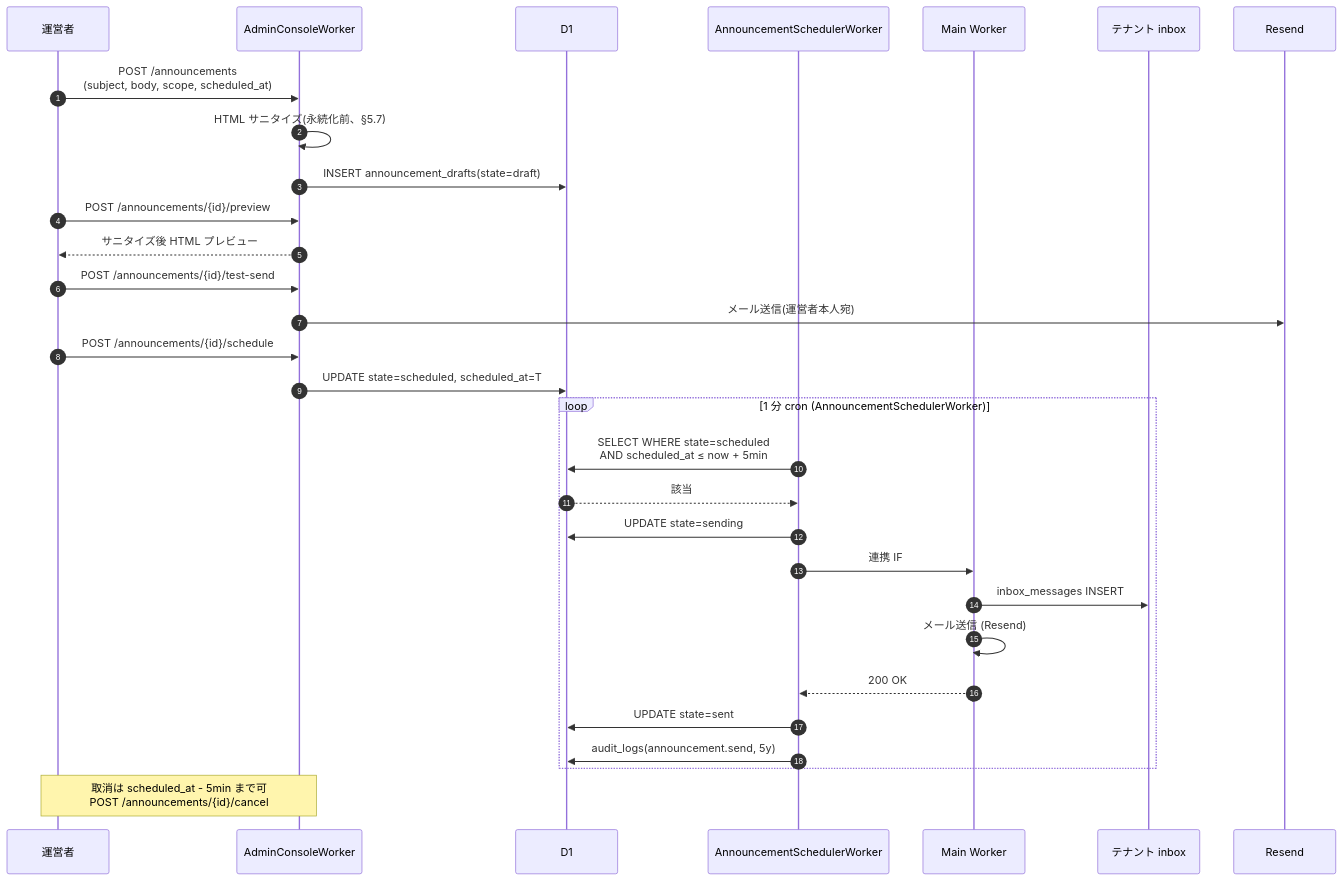
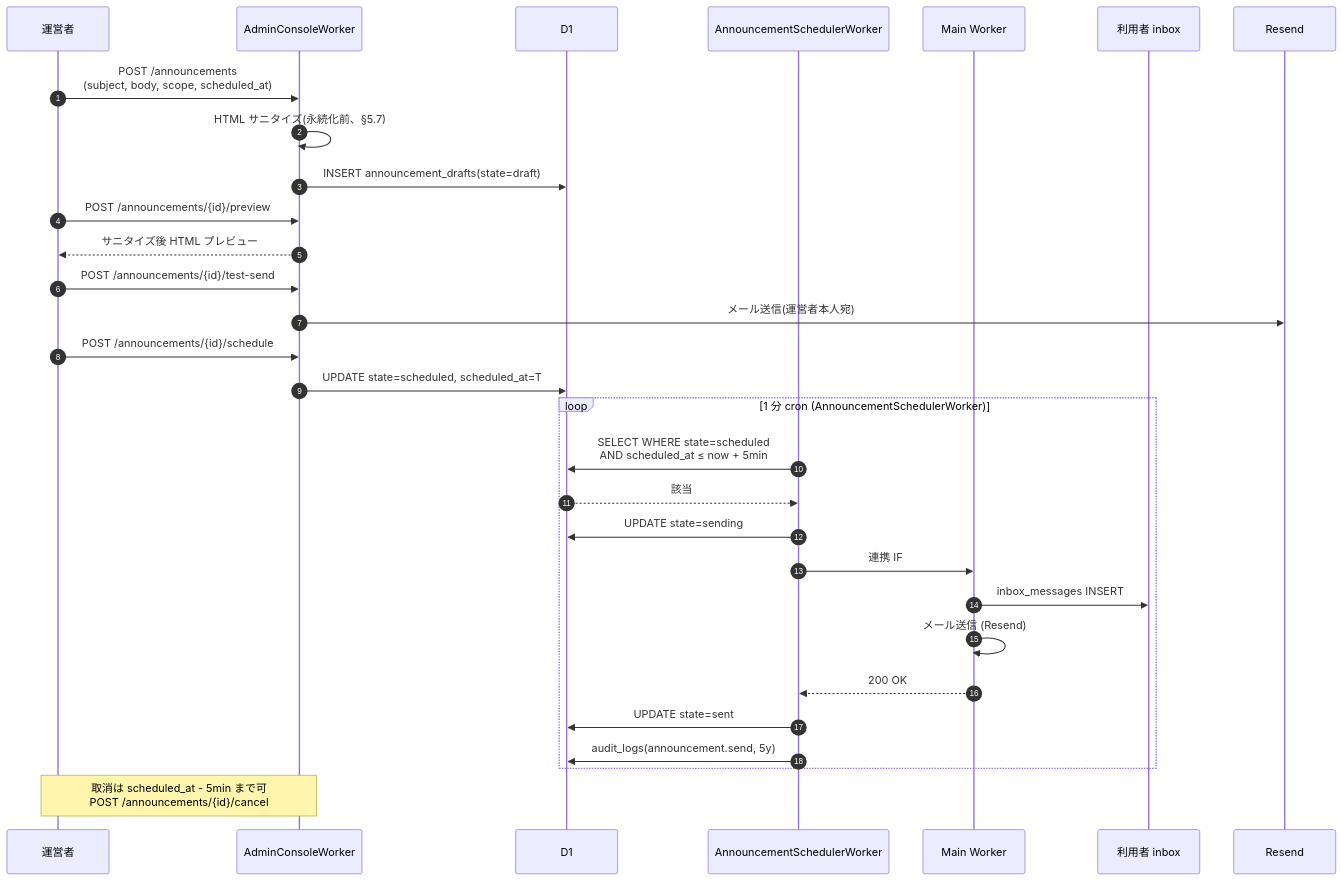
One commit to sikakou54/open-faq changed diagram 18 of 25 in 02_admin/03_detailed_design.md. Above: the diagram before and after it, drawn with Mermaid. The commit also changed other lines of this file and 22 other files, not shown here.

````diff
--- a/02_admin/03_detailed_design.md
+++ b/02_admin/03_detailed_design.md
@@ -1782,34 +1782,34 @@
 ```mermaid
 sequenceDiagram
     autonumber
     participant Op as 運営者
     participant Worker as AdminConsoleWorker
     participant D1
     participant Sched as AnnouncementSchedulerWorker
     participant Main as Main Worker
-    participant TenantInbox as テナント inbox
+    participant OwnerInbox as 利用者 inbox
 
     Op->>Worker: POST /announcements<br/>(subject, body, scope, scheduled_at)
     Worker->>Worker: HTML サニタイズ(永続化前、§5.7)
     Worker->>D1: INSERT announcement_drafts(state=draft)
     Op->>Worker: POST /announcements/{id}/preview
     Worker-->>Op: サニタイズ後 HTML プレビュー
     Op->>Worker: POST /announcements/{id}/test-send
     Worker->>Resend: メール送信(運営者本人宛)
     Op->>Worker: POST /announcements/{id}/schedule
     Worker->>D1: UPDATE state=scheduled, scheduled_at=T
 
     loop 1 分 cron (AnnouncementSchedulerWorker)
         Sched->>D1: SELECT WHERE state=scheduled<br/>AND scheduled_at ≤ now + 5min
         D1-->>Sched: 該当
         Sched->>D1: UPDATE state=sending
         Sched->>Main: 連携 IF #7 (mTLS+JWT)<br/>{subject, body, scope, severity, ...}
-        Main->>TenantInbox: inbox_messages INSERT
+        Main->>OwnerInbox: inbox_messages INSERT
         Main->>Main: メール送信 (Resend)
         Main-->>Sched: 200 OK
         Sched->>D1: UPDATE state=sent
         Sched->>D1: audit_logs(announcement.send, 5y)
     end
 
     Note over Op,Worker: 取消は scheduled_at - 5min まで可<br/>POST /announcements/{id}/cancel
 ```
````
